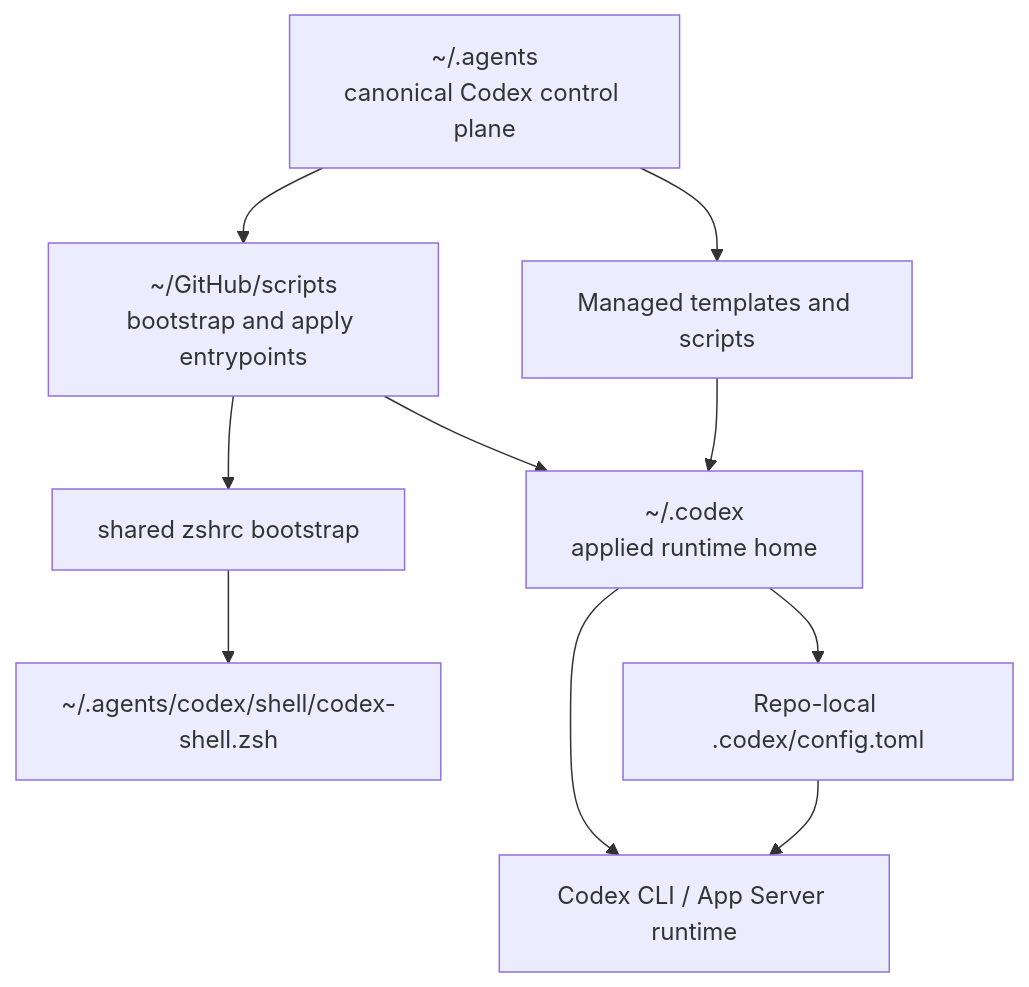
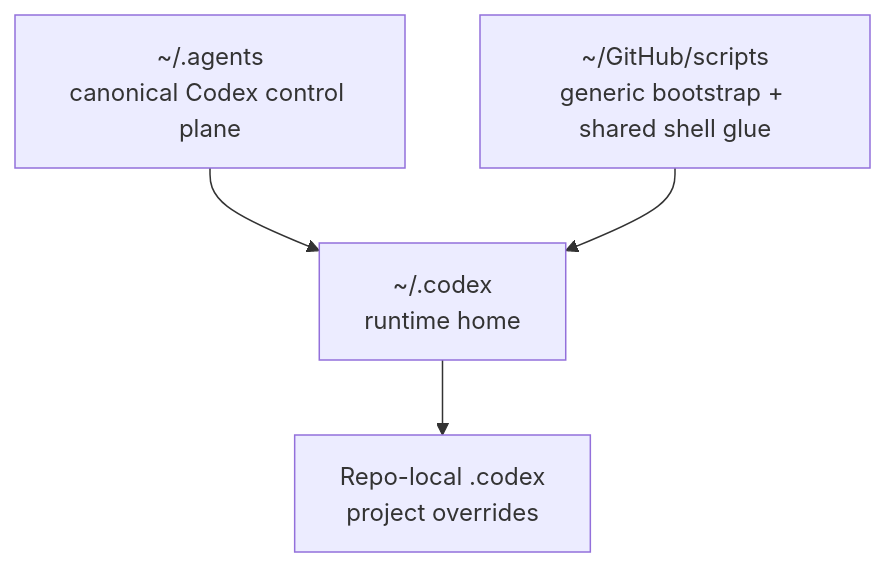
The first of 3 diagrams in docs/architecture/codex-control-plane.md (wisdom-in-a-nutshell/.agents), drawn with Mermaid before and after one commit. The commit also changed other lines of this file and 3 other files, not shown here.

````diff
--- a/docs/architecture/codex-control-plane.md
+++ b/docs/architecture/codex-control-plane.md
@@ -7,12 +9,11 @@
 ```mermaid
 flowchart TD
-    A[~/.agents<br/>canonical Codex control plane] --> B[~/GitHub/scripts<br/>bootstrap and apply entrypoints]
-    A --> C[Managed templates and scripts]
-    B --> D[~/.codex<br/>applied runtime home]
+    A[~/.agents<br/>canonical Codex control plane]
+    B[~/GitHub/scripts<br/>generic bootstrap + shared shell glue]
+    C[~/.codex<br/>runtime home]
+    D[Repo-local .codex<br/>project overrides]
+
+    A --> C
+    B --> C
     C --> D
-    B --> G[shared zshrc bootstrap]
-    G --> H[~/.agents/codex/shell/codex-shell.zsh]
-    D --> E[Codex CLI / App Server runtime]
-    F[Repo-local .codex/config.toml] --> E
-    D --> F
 ```
````
